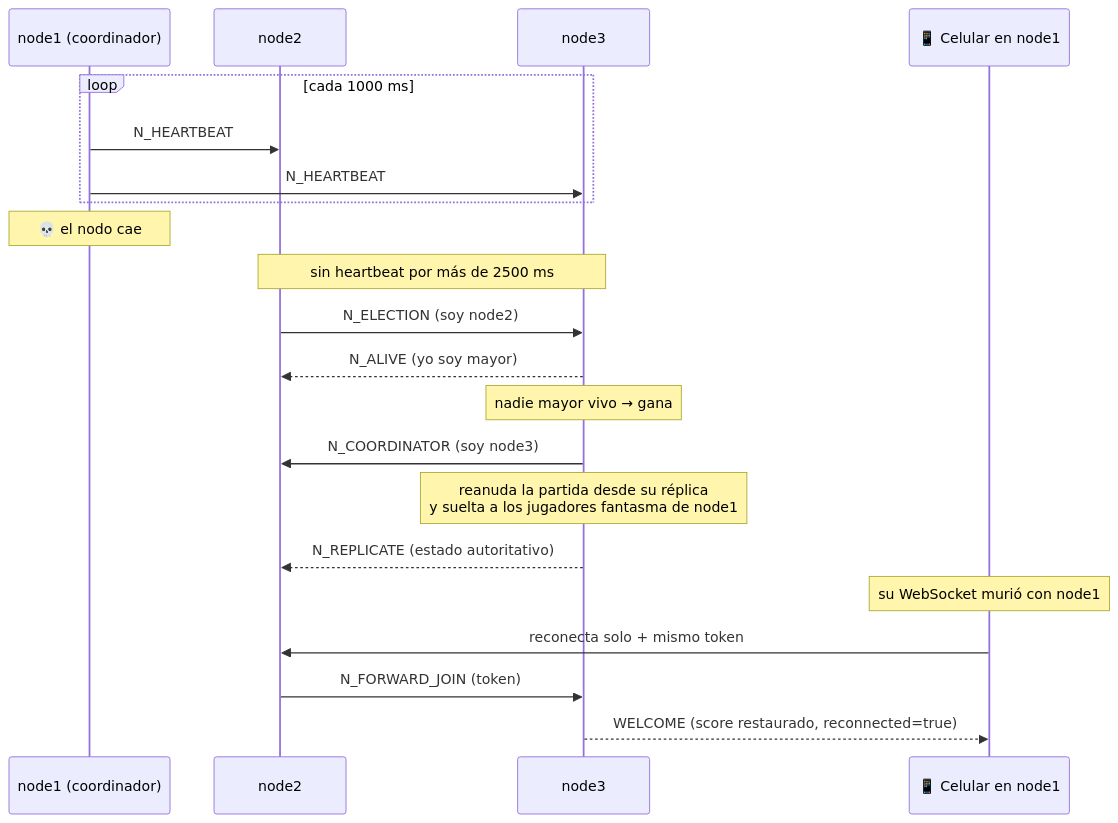
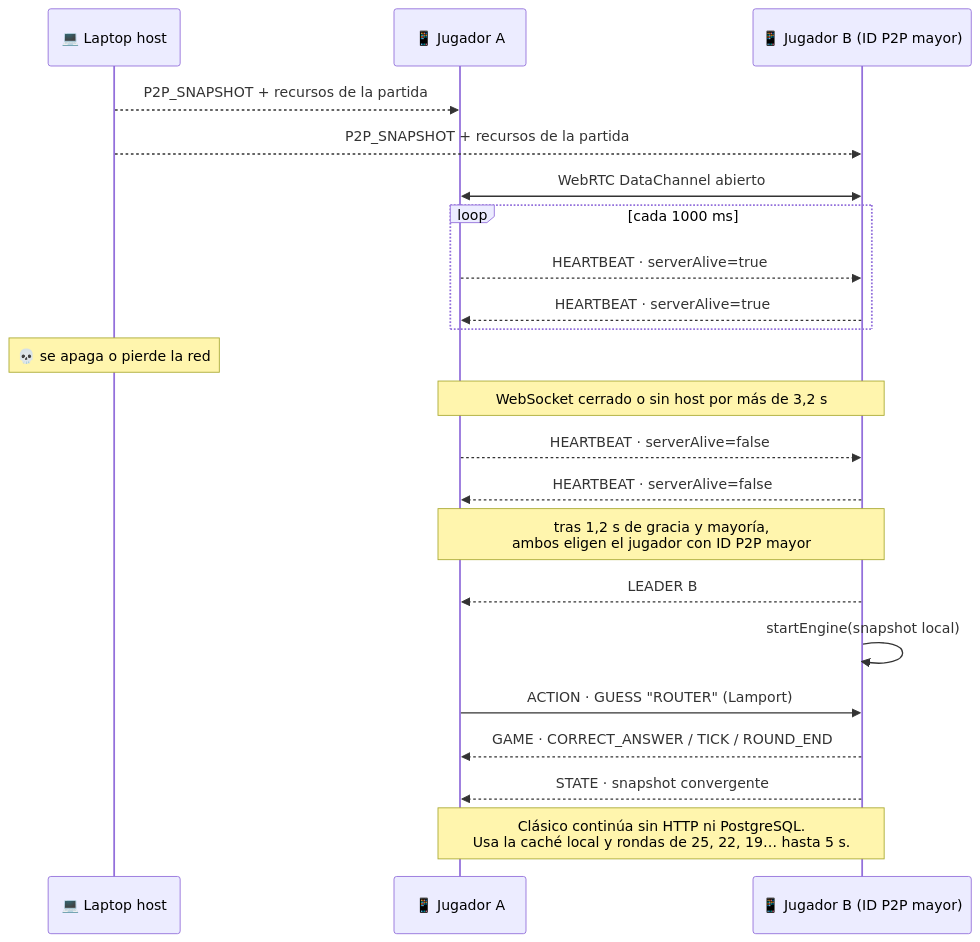
Before and after one commit to acampanaa/silunet: the third of 4 diagrams in README.md, drawn with Mermaid. The commit also changed other lines of this file and 22 other files, not shown here.

````diff
--- a/README.md
+++ b/README.md
@@ -210,28 +212,28 @@
 ```mermaid
 sequenceDiagram
-    participant N1 as node1 (coordinador)
-    participant N2 as node2
-    participant N3 as node3
-    participant P as 📱 Celular en node1
+    participant H as 💻 Laptop host
+    participant A as 📱 Jugador A
+    participant B as 📱 Jugador B (ID P2P mayor)
+
+    H-->>A: P2P_SNAPSHOT + recursos de la partida
+    H-->>B: P2P_SNAPSHOT + recursos de la partida
+    A<<->>B: WebRTC DataChannel abierto
 
     loop cada 1000 ms
-        N1->>N2: N_HEARTBEAT
-        N1->>N3: N_HEARTBEAT
+        A-->>B: HEARTBEAT · serverAlive=true
+        B-->>A: HEARTBEAT · serverAlive=true
     end
 
-    Note over N1: 💀 el nodo cae
+    Note over H: 💀 se apaga o pierde la red
+    Note over A,B: WebSocket cerrado o sin host por más de 3,2 s
+    A-->>B: HEARTBEAT · serverAlive=false
+    B-->>A: HEARTBEAT · serverAlive=false
+    Note over A,B: tras 1,2 s de gracia y mayoría,<br/>ambos eligen el jugador con ID P2P mayor
+    B-->>A: LEADER B
+    B->>B: startEngine(snapshot local)
 
-    Note over N2,N3: sin heartbeat por más de 2500 ms
-    N2->>N3: N_ELECTION (soy node2)
-    N3-->>N2: N_ALIVE (yo soy mayor)
-    Note over N3: nadie mayor vivo → gana
-    N3->>N2: N_COORDINATOR (soy node3)
-
-    Note over N3: reanuda la partida desde su réplica<br/>y suelta a los jugadores fantasma de node1
-    N3-->>N2: N_REPLICATE (estado autoritativo)
-
-    Note over P: su WebSocket murió con node1
-    P->>N2: reconecta solo + mismo token
-    N2->>N3: N_FORWARD_JOIN (token)
-    N3-->>P: WELCOME (score restaurado, reconnected=true)
+    A->>B: ACTION · GUESS "ROUTER" (Lamport)
+    B-->>A: GAME · CORRECT_ANSWER / TICK / ROUND_END
+    B-->>A: STATE · snapshot convergente
+    Note over A,B: Clásico continúa sin HTTP ni PostgreSQL.<br/>Usa la caché local y rondas de 25, 22, 19… hasta 5 s.
 ```
````
